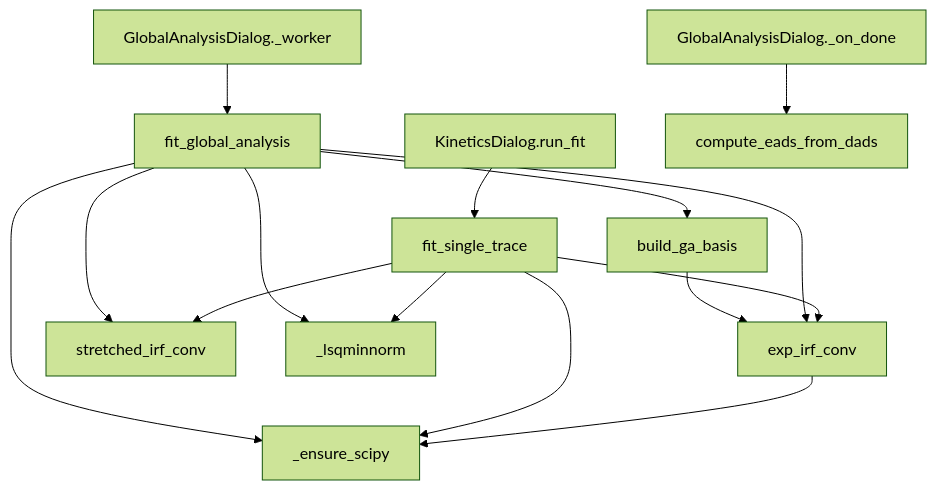
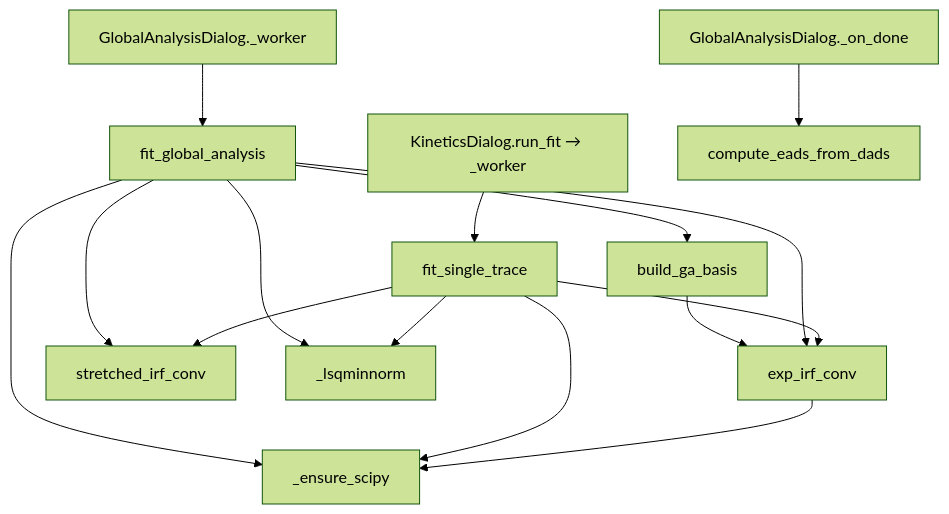
Before and after one commit to Myungsam/tres_analyzer: the sixth of 9 diagrams in ARCHITECTURE.md, drawn with Mermaid (forest theme). The commit also changed other lines of this file and 5 other files, not shown here.

````diff
--- a/ARCHITECTURE.md
+++ b/ARCHITECTURE.md
@@ -356,17 +356,17 @@
 ```mermaid
 flowchart TD
-    KD["KineticsDialog.run_fit"] --> FS["fit_single_trace"]
+    KD["KineticsDialog.run_fit → _worker"] --> FS["fit_single_trace"]
     GD["GlobalAnalysisDialog._worker"] --> FG["fit_global_analysis"]
     GD2["GlobalAnalysisDialog._on_done"] --> EA["compute_eads_from_dads"]
     FS --> EX["exp_irf_conv"]
     FS --> ST["stretched_irf_conv"]
     FG --> BB["build_ga_basis"]
     FG --> ST
     FG --> EX
     BB --> EX
     FS --> LS["_lsqminnorm"]
     FG --> LS
     EX --> SC["_ensure_scipy"]
     FS --> SC
     FG --> SC
 ```
````
